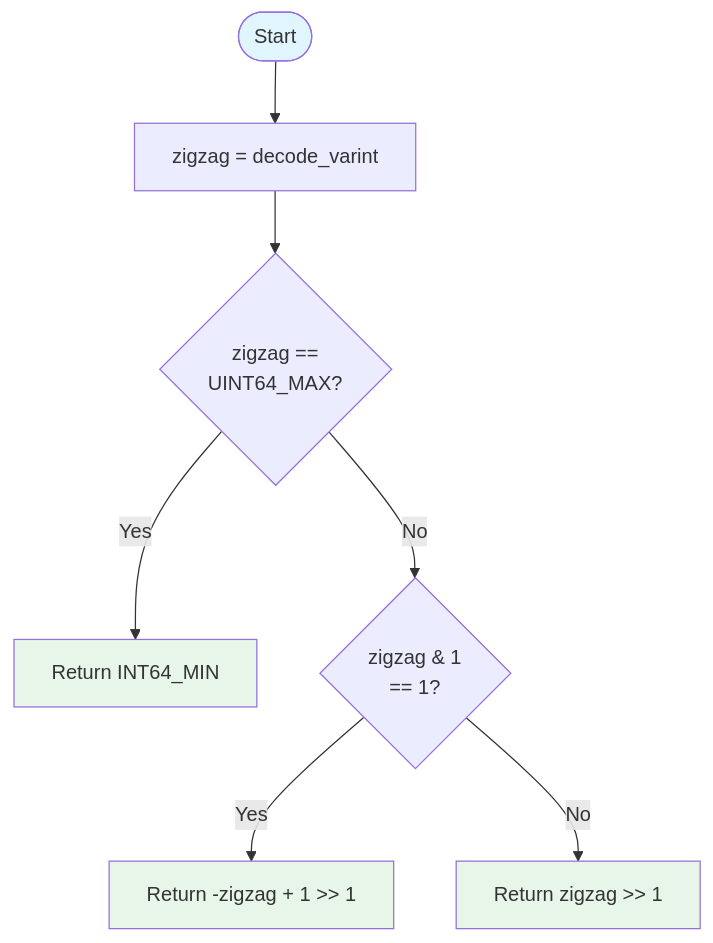
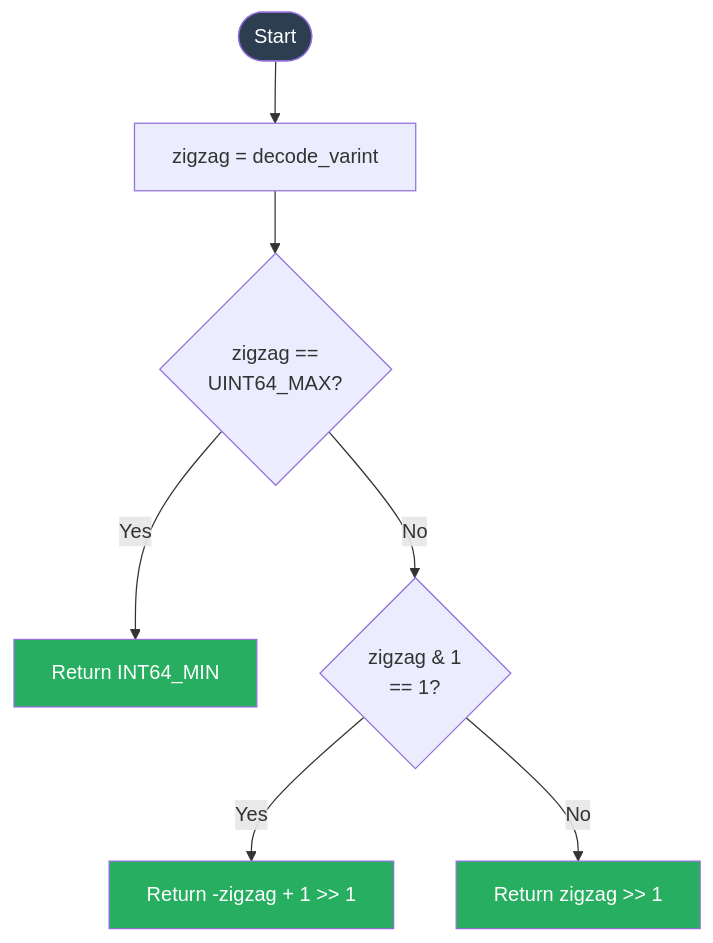
One commit to Mikedan37/BlazeBinary changed the third of 3 diagrams in Docs/CROSS_LANGUAGE_DECODER.md. Above: the diagram before and after it, drawn with Mermaid. The commit also changed other lines of this file and 11 other files, not shown here.

First line of the commit message:
Improve Mermaid diagrams and code display formatting

````diff
--- a/Docs/CROSS_LANGUAGE_DECODER.md
+++ b/Docs/CROSS_LANGUAGE_DECODER.md
@@ -90,14 +90,14 @@
 ```mermaid
 flowchart TD
     Start([Start]) --> Decode[zigzag = decode_varint]
     Decode --> CheckMax{zigzag ==<br/>UINT64_MAX?}
     CheckMax -->|Yes| ReturnMin[Return INT64_MIN]
     CheckMax -->|No| CheckOdd{zigzag & 1<br/>== 1?}
     CheckOdd -->|Yes| Neg[Return -zigzag + 1 >> 1]
     CheckOdd -->|No| Pos[Return zigzag >> 1]
     
-    style Start fill:#e1f5ff
-    style ReturnMin fill:#e8f5e9
-    style Neg fill:#e8f5e9
-    style Pos fill:#e8f5e9
+    style Start fill:#2c3e50,color:#ffffff
+    style ReturnMin fill:#27ae60,color:#ffffff
+    style Neg fill:#27ae60,color:#ffffff
+    style Pos fill:#27ae60,color:#ffffff
 ```
````
